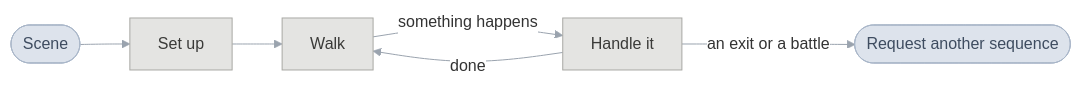
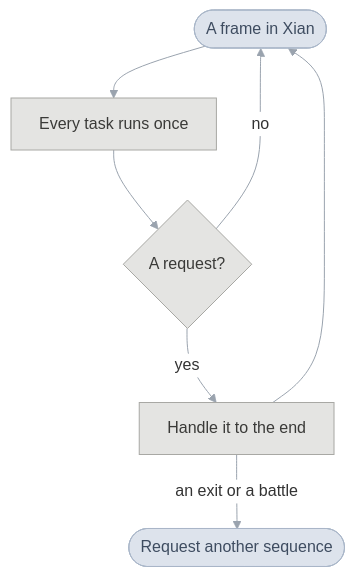
Before and after one commit to PascalPixel/alchemy: the fourth of 4 diagrams in games/tbs/README.md, drawn with Mermaid. The commit also changed other lines of this file, not shown here.

First line of the commit message:
☀️ Front page: four charts, from switching on to a frame in Xian

````diff
--- a/games/tbs/README.md
+++ b/games/tbs/README.md
@@ -74,12 +126,14 @@
 ```mermaid
 %%{init: {"theme": "base", "themeVariables": {"lineColor": "#9AA3AE", "edgeLabelBackground": "#FFFFFF"}, "flowchart": {"curve": "basis", "padding": 14}}}%%
-flowchart LR
-  scene(["Scene"]) --> setup["Set up"] --> walk["Walk"]
-  walk -->|"something happens"| handle["Handle it"]
-  handle -->|"done"| walk
+flowchart TD
+  frame(["A frame in Xian"]) --> tasks["Every task runs once"]
+  tasks --> check{"A request?"}
+  check -->|"no"| frame
+  check -->|"yes"| handle["Handle it to the end"]
+  handle --> frame
   handle -->|"an exit or a battle"| next(["Request another sequence"])
   classDef flow fill:#DDE3EC,stroke:#A9B6C8,color:#3E4C60
   classDef field fill:#E4E4E2,stroke:#A8A8A4,color:#3A3A38
-  class scene,next flow
-  class setup,walk,handle field
+  class frame,next flow
+  class tasks,check,handle field
 ```
````
